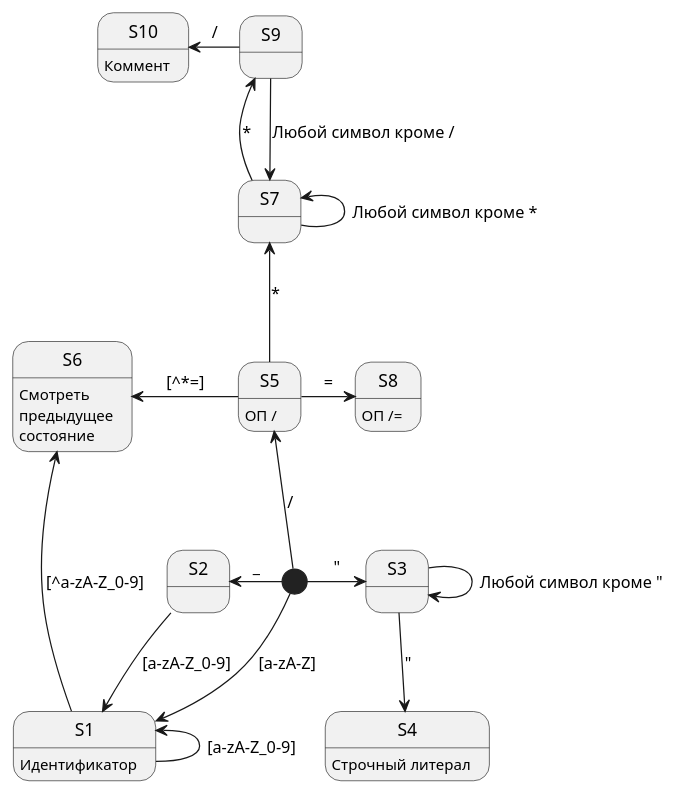
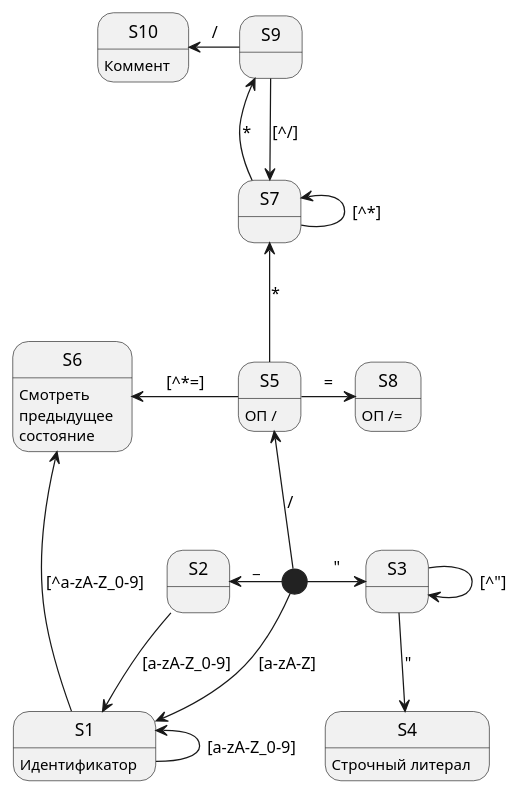
Before and after one commit to vladimirlll/CSharpLexicalAnalyzer: the diagram in Диаграмма состояния для ЛА/sd.puml, drawn with PlantUML. The commit also changed 24 other files, not shown here.

Commit message:
Диаграмма состояний изменена, переходы изменены. Работает нормально на коде анализатора

```diff
--- a/Диаграмма состояния для ЛА/sd.puml
+++ b/Диаграмма состояния для ЛА/sd.puml
@@ -1,31 +1,31 @@
 @startuml "sd1"
 
 [*] -down-> S1 : [a-zA-Z]
 [*] -left-> S2 : _
 S2 -down-> S1 : [a-zA-Z_0-9]
 S1 -left-> S1 : [a-zA-Z_0-9]
 S1 -left-> S6 : [^a-zA-Z_0-9]
 S1 : Идентификатор
 S6 : Смотреть\nпредыдущее\nсостояние
 
 [*] -right-> S3 : "
-S3 -right-> S3 : Любой символ кроме "
+S3 -right-> S3 : [^"]
 S3 -down-> S4 : "
 S4 : Строчный литерал
 
 [*] -up-> S5 : /
 S5 -up-> S7 : *
 S5 : ОП /
 S5 -left-> S6 : [^*=]
 S5 -right-> S8 : =
 
 S8 : ОП /=
 
-S7 -up-> S7 : Любой символ кроме *
+S7 -up-> S7 : [^*]
 S7 -up-> S9 : *
-S9 -down-> S7 : Любой символ кроме /
+S9 -down-> S7 : [^/]
 S9 -left-> S10 : /
 S10 : Коммент
 
 
 @enduml
```
